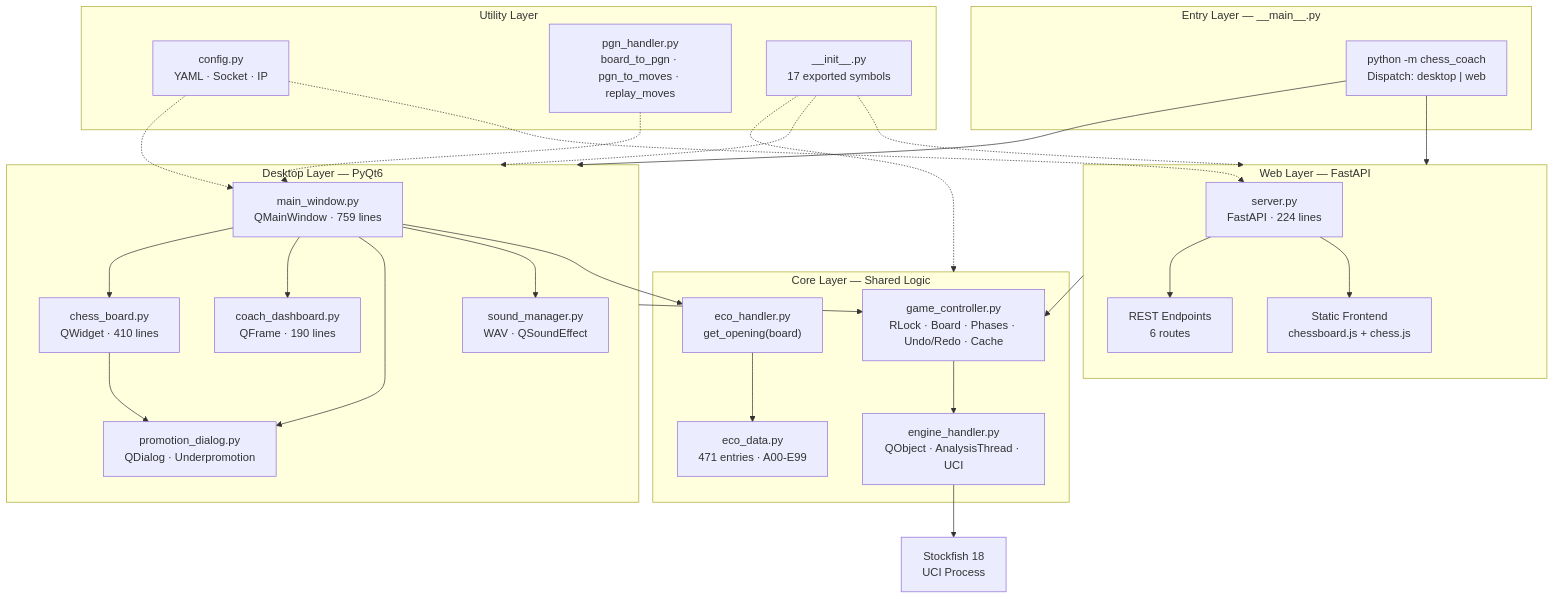
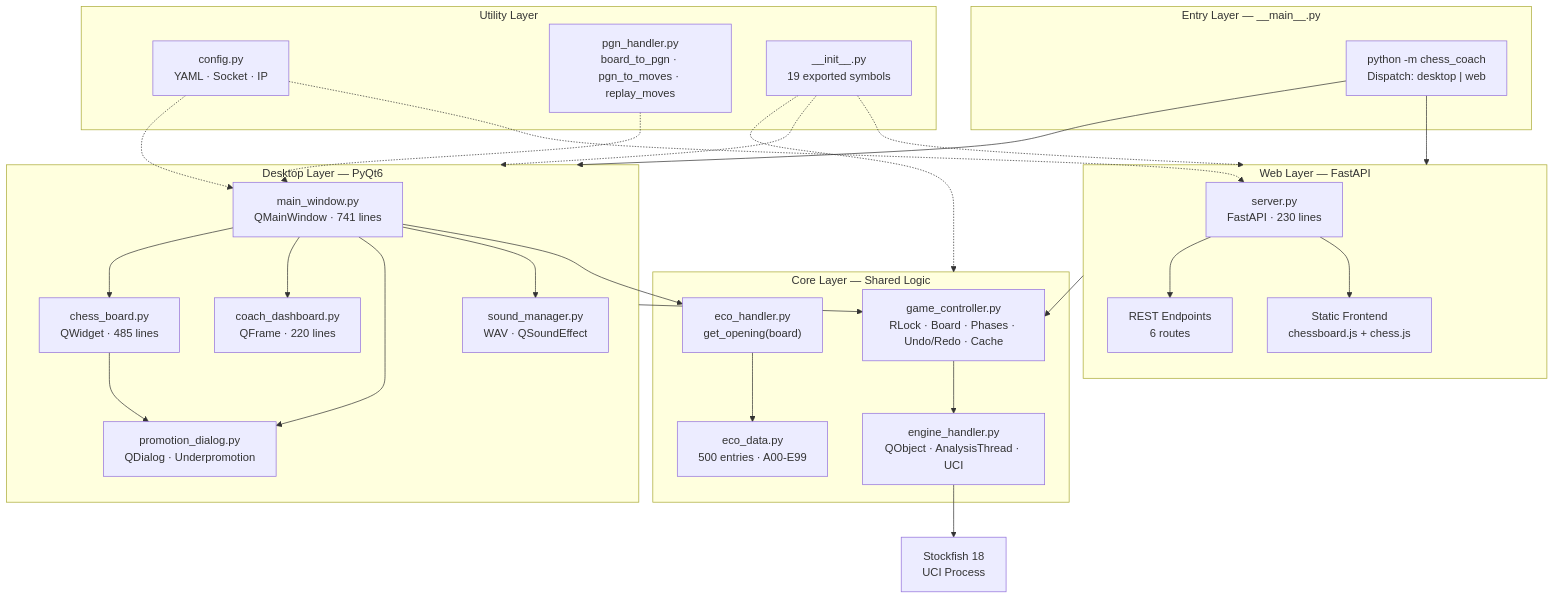
The first of 6 diagrams in ARCHITECTURE.md (krsnaSuraj/chess-coach), drawn with Mermaid before and after one commit. The commit also changed other lines of this file and 7 other files, not shown here.

````diff
--- a/ARCHITECTURE.md
+++ b/ARCHITECTURE.md
@@ -42,49 +42,49 @@
 ```mermaid
 graph TB
     subgraph Entry["Entry Layer — __main__.py"]
         CLI["python -m chess_coach<br/>Dispatch: desktop | web"]
     end
 
     subgraph Desktop["Desktop Layer — PyQt6"]
-        MW["main_window.py<br/>QMainWindow · 759 lines"]
-        CB["chess_board.py<br/>QWidget · 410 lines"]
-        CD["coach_dashboard.py<br/>QFrame · 190 lines"]
+        MW["main_window.py<br/>QMainWindow · 741 lines"]
+        CB["chess_board.py<br/>QWidget · 485 lines"]
+        CD["coach_dashboard.py<br/>QFrame · 220 lines"]
         PD["promotion_dialog.py<br/>QDialog · Underpromotion"]
         SM["sound_manager.py<br/>WAV · QSoundEffect"]
         MW --> CB
         MW --> CD
         MW --> PD
         MW --> SM
         CB --> PD
     end
 
     subgraph Web["Web Layer — FastAPI"]
-        SV["server.py<br/>FastAPI · 224 lines"]
+        SV["server.py<br/>FastAPI · 230 lines"]
         API["REST Endpoints<br/>6 routes"]
         STATIC["Static Frontend<br/>chessboard.js + chess.js"]
         SV --> API & STATIC
     end
 
     subgraph Core["Core Layer — Shared Logic"]
         GC["game_controller.py<br/>RLock · Board · Phases · Undo/Redo · Cache"]
         EH["engine_handler.py<br/>QObject · AnalysisThread · UCI"]
         ECO["eco_handler.py<br/>get_opening(board)"]
-        ECD["eco_data.py<br/>471 entries · A00-E99"]
+        ECD["eco_data.py<br/>500 entries · A00-E99"]
         ECO --> ECD
     end
 
     subgraph Util["Utility Layer"]
         CFG["config.py<br/>YAML · Socket · IP"]
         PGN["pgn_handler.py<br/>board_to_pgn · pgn_to_moves · replay_moves"]
-        INIT["__init__.py<br/>17 exported symbols"]
+        INIT["__init__.py<br/>19 exported symbols"]
     end
 
     CLI --> Desktop & Web
     Desktop & Web --> GC
     GC --> EH
     MW --> ECO
     EH --> SF["Stockfish 18<br/>UCI Process"]
     CFG -.-> MW & SV
     PGN -.-> MW
     INIT -.-> Core & Desktop & Web
 ```
````
